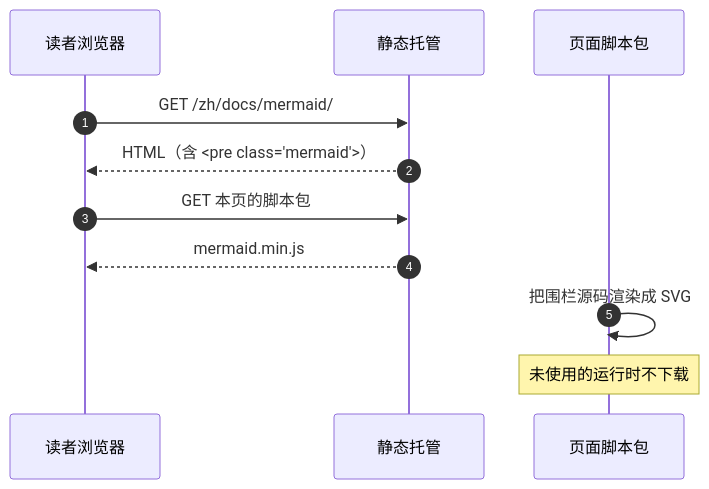
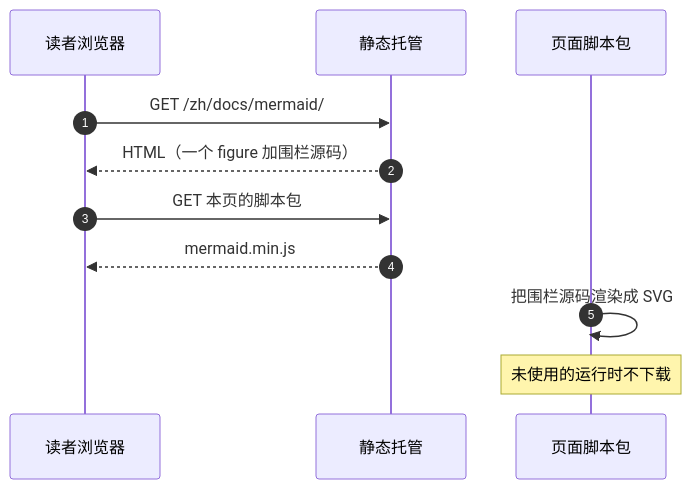
One commit to pgsty/oink changed the second of 9 diagrams in tests/site/content/docs/mermaid.zh.md. Above: the diagram before and after it, drawn with Mermaid. The commit also changed other lines of this file and 3 other files, not shown here.

First line of the commit message:
fix(mermaid): Print carries the source, because it never carried the picture

````diff
--- a/tests/site/content/docs/mermaid.zh.md
+++ b/tests/site/content/docs/mermaid.zh.md
@@ -54,13 +54,13 @@
 ```mermaid
 sequenceDiagram
   autonumber
   participant 读者 as 读者浏览器
   participant CDN as 静态托管
   participant JS as 页面脚本包
   读者->>CDN: GET /zh/docs/mermaid/
-  CDN-->>读者: HTML（含 <pre class="mermaid">）
+  CDN-->>读者: HTML（一个 figure 加围栏源码）
   读者->>CDN: GET 本页的脚本包
   CDN-->>读者: mermaid.min.js
   JS->>JS: 把围栏源码渲染成 SVG
   Note over JS: 未使用的运行时不下载
 ```
````
